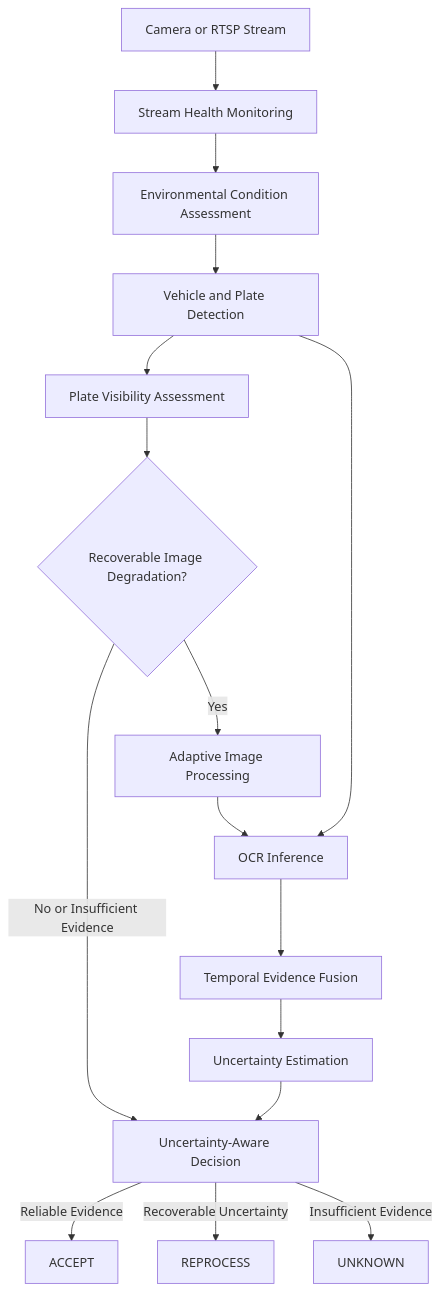
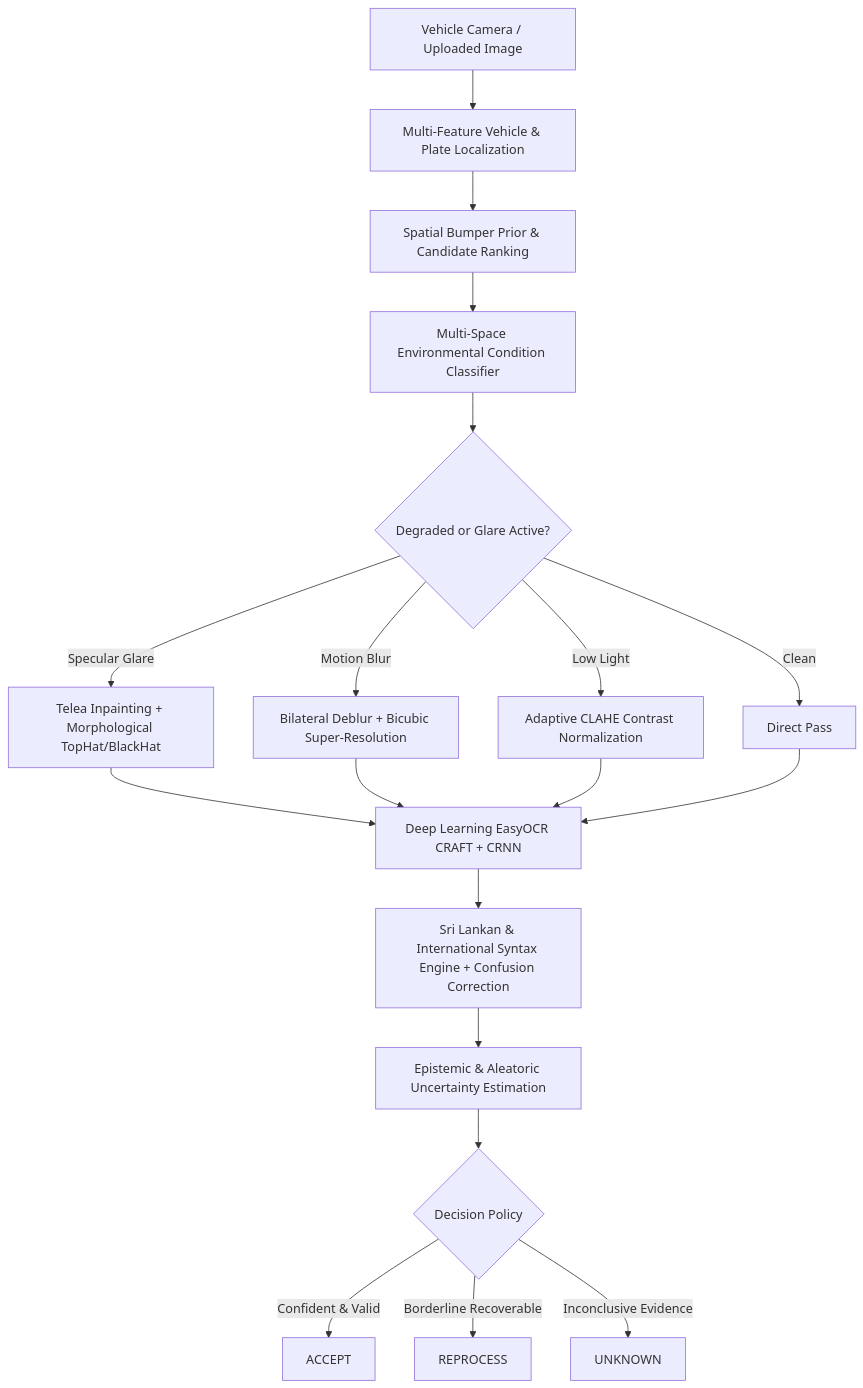
One commit to SadeeshaJayaweera/adaptivevision-lpr changed the diagram in README.md. Above: the diagram before and after it, drawn with Mermaid. The commit also changed other lines of this file and 17 other files, not shown here.

First line of the commit message:
feat(ml): integrate adaptive glare inpainting, robust plate localization & update UI

````diff
--- a/README.md
+++ b/README.md
@@ -144,18 +61,21 @@
 ```mermaid
 flowchart TD
-    A[Camera or RTSP Stream] --> B[Stream Health Monitoring]
-    B --> C[Environmental Condition Assessment]
-    C --> D[Vehicle and Plate Detection]
-    D --> E[Plate Visibility Assessment]
-    E --> F{Recoverable Image Degradation?}
-    F -->|Yes| G[Adaptive Image Processing]
-    F -->|No or Insufficient Evidence| K[Uncertainty-Aware Decision]
-    G --> H[OCR Inference]
-    D --> H
-    H --> I[Temporal Evidence Fusion]
-    I --> J[Uncertainty Estimation]
-    J --> K
-    K -->|Reliable Evidence| L[ACCEPT]
-    K -->|Recoverable Uncertainty| M[REPROCESS]
-    K -->|Insufficient Evidence| N[UNKNOWN]
+    A[Vehicle Camera / Uploaded Image] --> B[Multi-Feature Vehicle & Plate Localization]
+    B --> C[Spatial Bumper Prior & Candidate Ranking]
+    C --> D[Multi-Space Environmental Condition Classifier]
+    D --> E{Degraded or Glare Active?}
+    E -->|Specular Glare| F[Telea Inpainting + Morphological TopHat/BlackHat]
+    E -->|Motion Blur| G[Bilateral Deblur + Bicubic Super-Resolution]
+    E -->|Low Light| H[Adaptive CLAHE Contrast Normalization]
+    E -->|Clean| I[Direct Pass]
+    F --> J[Deep Learning EasyOCR CRAFT + CRNN]
+    G --> J
+    H --> J
+    I --> J
+    J --> K[Sri Lankan & International Syntax Engine + Confusion Correction]
+    K --> L[Epistemic & Aleatoric Uncertainty Estimation]
+    L --> M{Decision Policy}
+    M -->|Confident & Valid| N[ACCEPT]
+    M -->|Borderline Recoverable| O[REPROCESS]
+    M -->|Inconclusive Evidence| P[UNKNOWN]
 ```
````
